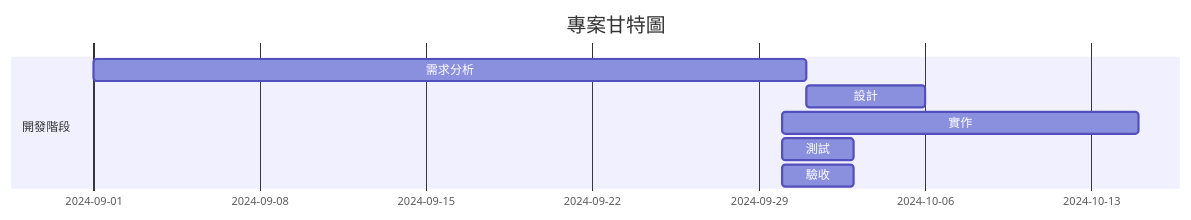
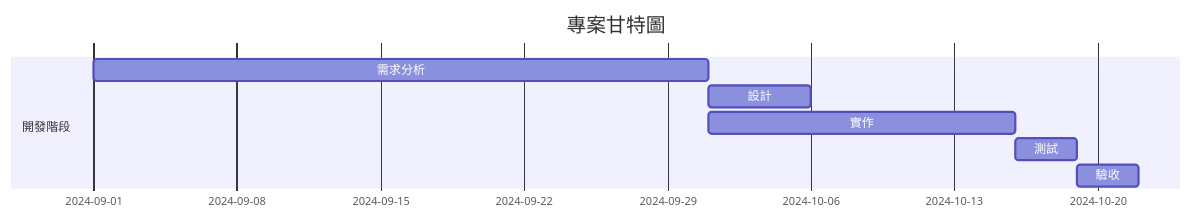
The first of 2 diagrams in README.md (gino2066/-), drawn with Mermaid before and after one commit.

````diff
--- a/README.md
+++ b/README.md
@@ -14,12 +14,12 @@
 ```mermaid
- gantt
+gantt
     title 專案甘特圖
     dateFormat  YYYY-MM-DD
     section 開發階段
     需求分析      :a1, 2024-09-01, 30d
     設計          :after a1, 5d
-    實作          :after a2, 15d
-    測試          :after a3, 3d  
-    驗收          :after a4, 3d  
+    實作          :after a1, 15d
+    測試          :after a3, 2024-10-16, 3d  
+    驗收          :after a4, 2024-10-19, 3d  
 
 ```
````
